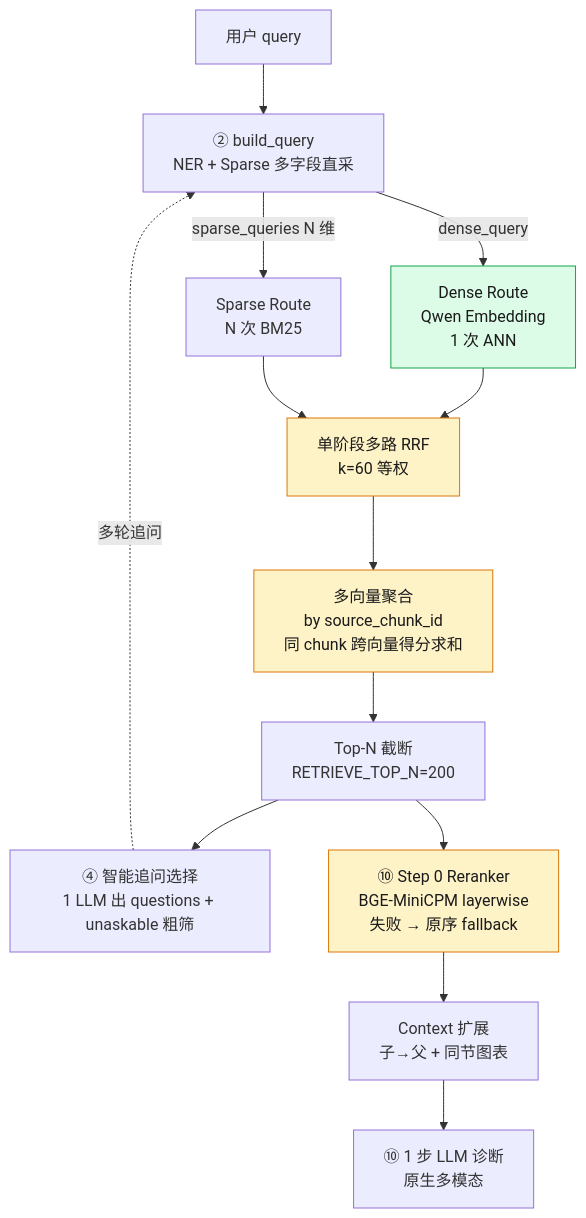
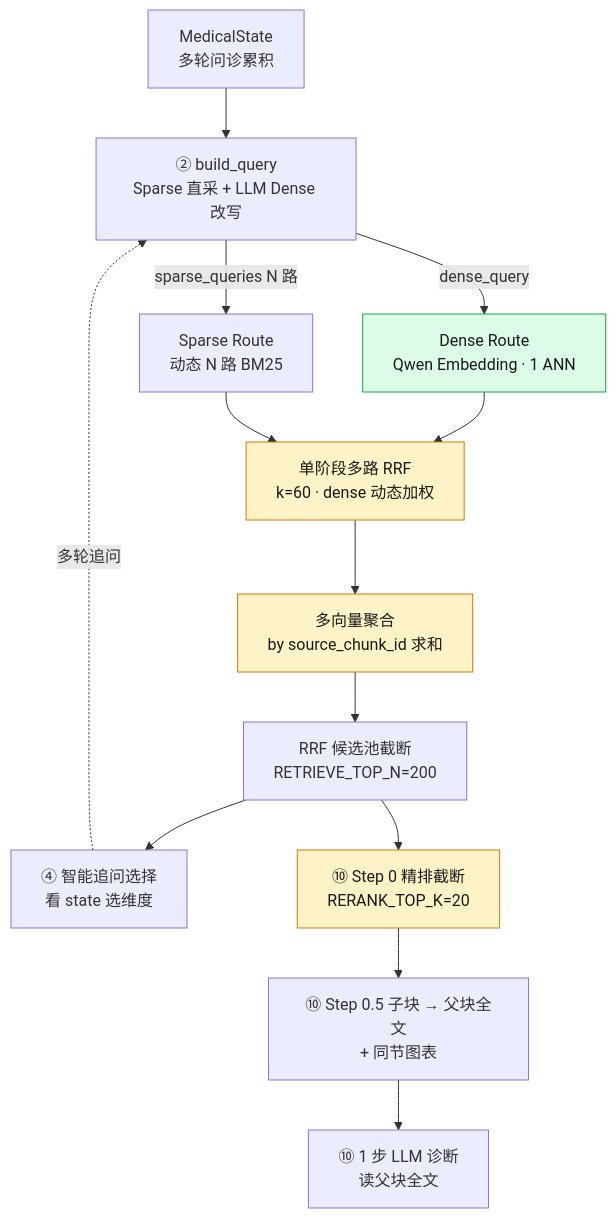
The fifth of 5 diagrams in README.md (Handshakeworm/Agentic-RAG-Diagnose-Assistant), drawn with Mermaid before and after one commit. The commit also changed other lines of this file and 6 other files, not shown here.

First line of the commit message:
docs: README 图对齐现状+瘦身 + 修复 mermaid 报错 + 待办收口

````diff
--- a/README.md
+++ b/README.md
@@ -437,23 +437,23 @@
 ```mermaid
 flowchart TD
-    Q[用户 query] --> BQ[② build_query<br/>NER + Sparse 多字段直采]
-    BQ -->|dense_query| DE[Dense Route<br/>Qwen Embedding<br/>1 次 ANN]
-    BQ -->|sparse_queries N 维| SP[Sparse Route<br/>N 次 BM25]
+    Q[MedicalState<br/>多轮问诊累积] --> BQ[② build_query<br/>Sparse 直采 + LLM Dense 改写]
+    BQ -->|dense_query| DE[Dense Route<br/>Qwen Embedding · 1 ANN]
+    BQ -->|sparse_queries N 路| SP[Sparse Route<br/>动态 N 路 BM25]
 
-    DE --> RRF[单阶段多路 RRF<br/>k=60 等权]
+    DE --> RRF[单阶段多路 RRF<br/>k=60 · dense 动态加权]
     SP --> RRF
 
-    RRF --> AGG[多向量聚合<br/>by source_chunk_id<br/>同 chunk 跨向量得分求和]
-    AGG --> TOP[Top-N 截断<br/>RETRIEVE_TOP_N=200]
-    TOP --> EXT[④ 智能追问选择<br/>1 LLM 出 questions + unaskable 粗筛]
+    RRF --> AGG[多向量聚合<br/>by source_chunk_id 求和]
+    AGG --> TOP[RRF 候选池截断<br/>RETRIEVE_TOP_N=200]
+    TOP --> EXT[④ 智能追问选择<br/>看 state 选维度]
     EXT -.多轮追问.-> BQ
 
-    TOP --> RR[⑩ Step 0 Reranker<br/>BGE-MiniCPM layerwise<br/>失败 → 原序 fallback]
-    RR --> EXP[Context 扩展<br/>子→父 + 同节图表]
-    EXP --> DG[⑩ 1 步 LLM 诊断<br/>原生多模态]
+    TOP --> RR[⑩ Step 0 精排截断<br/>RERANK_TOP_K=20]
+    RR --> EXP[⑩ Step 0.5 子块 → 父块全文<br/>+ 同节图表]
+    EXP --> DG[⑩ 1 步 LLM 诊断<br/>读父块全文]
 
     classDef gpu fill:#dcfce7,stroke:#16a34a,color:#1a1a1a
     classDef key fill:#fef3c7,stroke:#d97706,color:#1a1a1a
     class DE,RR gpu
     class RRF,AGG,RR key
 ```
````
